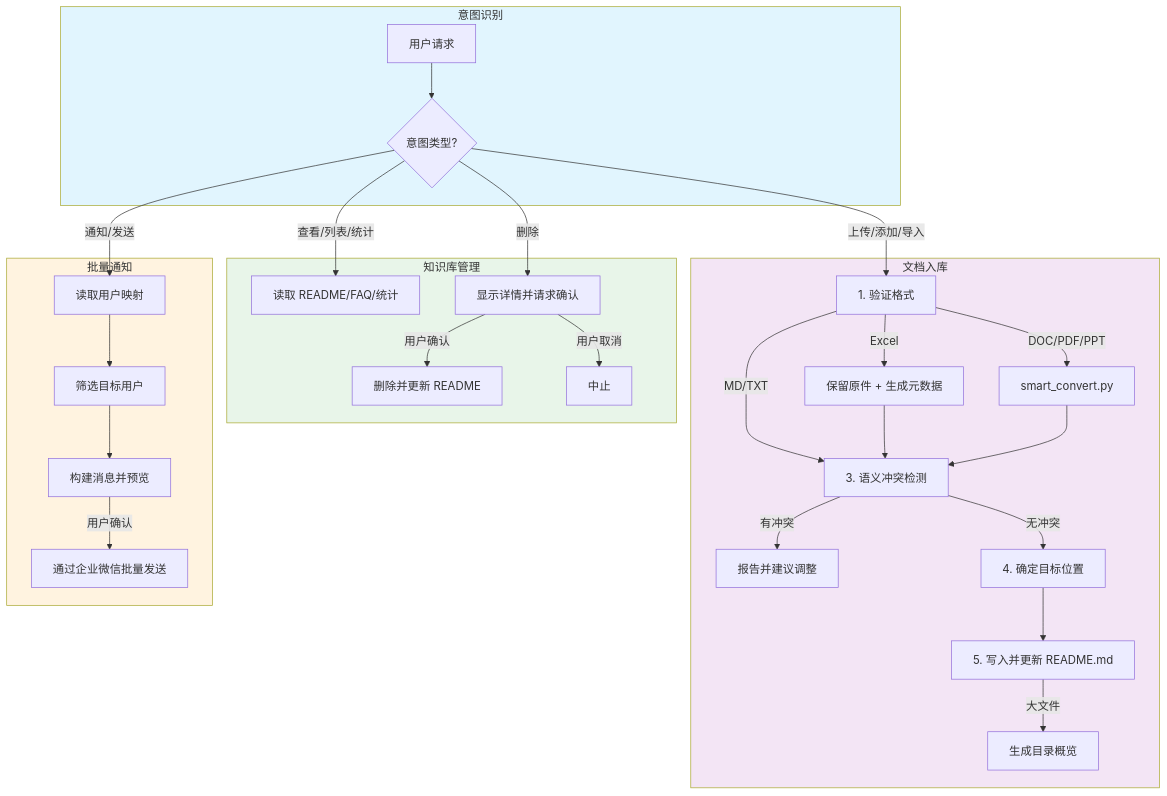
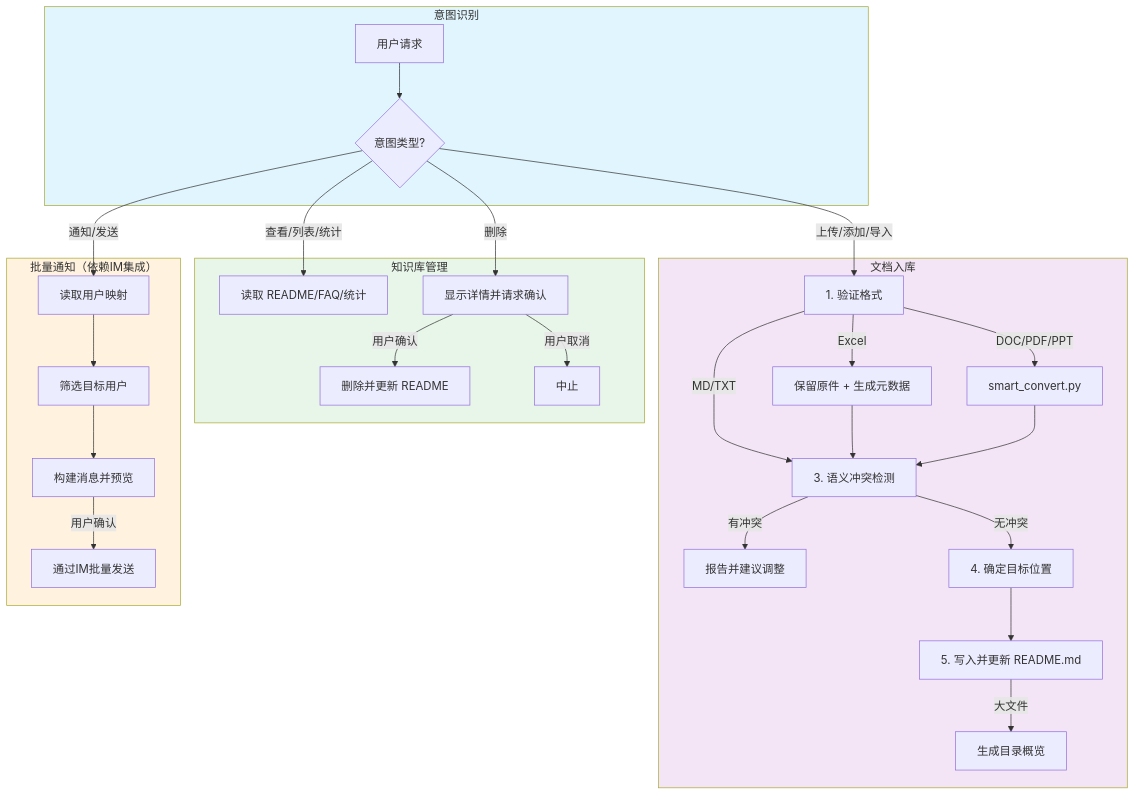
Before and after one commit to Harryoung/efka: the first of 2 diagrams in README_CN.md, drawn with Mermaid. The commit also changed other lines of this file and 1 other file, not shown here.

````diff
--- a/README_CN.md
+++ b/README_CN.md
@@ -136,38 +126,38 @@
 ```mermaid
 flowchart TD
     subgraph Intent["意图识别"]
         A[用户请求] --> B{意图类型?}
     end
 
     subgraph DocIngest["文档入库"]
         B -->|上传/添加/导入| C1[1. 验证格式]
         C1 -->|MD/TXT| C3
         C1 -->|Excel| C2a[保留原件 + 生成元数据]
         C1 -->|DOC/PDF/PPT| C2b[smart_convert.py]
         C2a --> C3[3. 语义冲突检测]
         C2b --> C3
         C3 -->|有冲突| C3x[报告并建议调整]
         C3 -->|无冲突| C4[4. 确定目标位置]
         C4 --> C5[5. 写入并更新 README.md]
         C5 -->|大文件| C5a[生成目录概览]
     end
 
     subgraph KBMgmt["知识库管理"]
         B -->|查看/列表/统计| D1[读取 README/FAQ/统计]
         B -->|删除| D2[显示详情并请求确认]
         D2 -->|用户确认| D3[删除并更新 README]
         D2 -->|用户取消| D4[中止]
     end
 
-    subgraph BatchNotify["批量通知"]
+    subgraph BatchNotify["批量通知（依赖IM集成）"]
         B -->|通知/发送| E1[读取用户映射]
         E1 --> E2[筛选目标用户]
         E2 --> E3[构建消息并预览]
-        E3 -->|用户确认| E4[通过企业微信批量发送]
+        E3 -->|用户确认| E4[通过IM批量发送]
     end
 
     style Intent fill:#e1f5fe
     style DocIngest fill:#f3e5f5
     style KBMgmt fill:#e8f5e9
     style BatchNotify fill:#fff3e0
 ```
````
